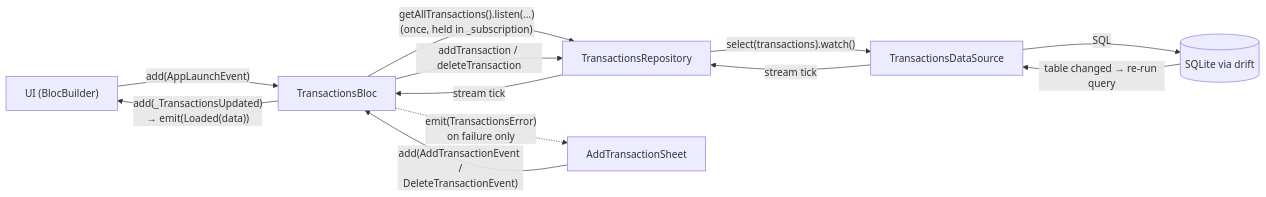
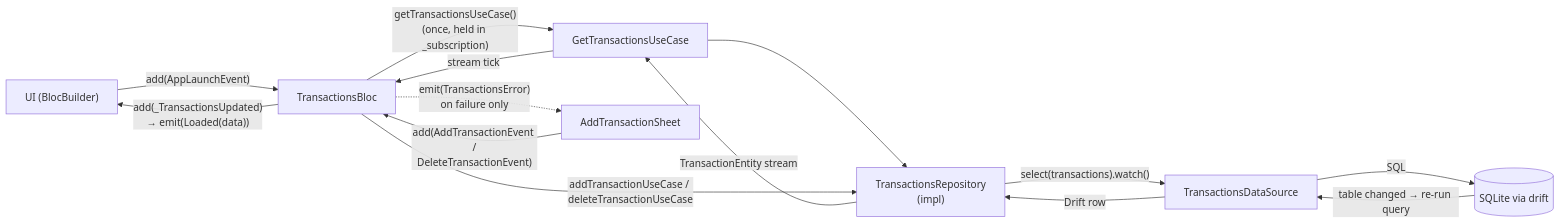
The first of 2 diagrams in README.md (Israa050/money-log), drawn with Mermaid before and after one commit. The commit also changed other lines of this file and 27 other files, not shown here.

````diff
--- a/README.md
+++ b/README.md
@@ -175,15 +212,17 @@
 ```mermaid
 flowchart LR
     UI["UI (BlocBuilder)"] -- "add(AppLaunchEvent)" --> Bloc[TransactionsBloc]
-    Bloc -- "getAllTransactions().listen(...)\n(once, held in _subscription)" --> Repo[TransactionsRepository]
+    Bloc -- "getTransactionsUseCase()\n(once, held in _subscription)" --> UC[GetTransactionsUseCase]
+    UC --> Repo["TransactionsRepository\n(impl)"]
     Repo -- "select(transactions).watch()" --> DS[TransactionsDataSource]
     DS -- "SQL" --> DB[(SQLite via drift)]
     DB -- "table changed → re-run query" --> DS
-    DS -- "stream tick" --> Repo
-    Repo -- "stream tick" --> Bloc
+    DS -- "Drift row" --> Repo
+    Repo -- "TransactionEntity stream" --> UC
+    UC -- "stream tick" --> Bloc
     Bloc -- "add(_TransactionsUpdated)\n→ emit(Loaded(data))" --> UI
 
     Sheet["AddTransactionSheet"] -- "add(AddTransactionEvent /\nDeleteTransactionEvent)" --> Bloc
-    Bloc -- "addTransaction / deleteTransaction" --> Repo
+    Bloc -- "addTransactionUseCase / deleteTransactionUseCase" --> Repo
     Bloc -. "emit(TransactionsError)\non failure only" .-> Sheet
 ```
````
